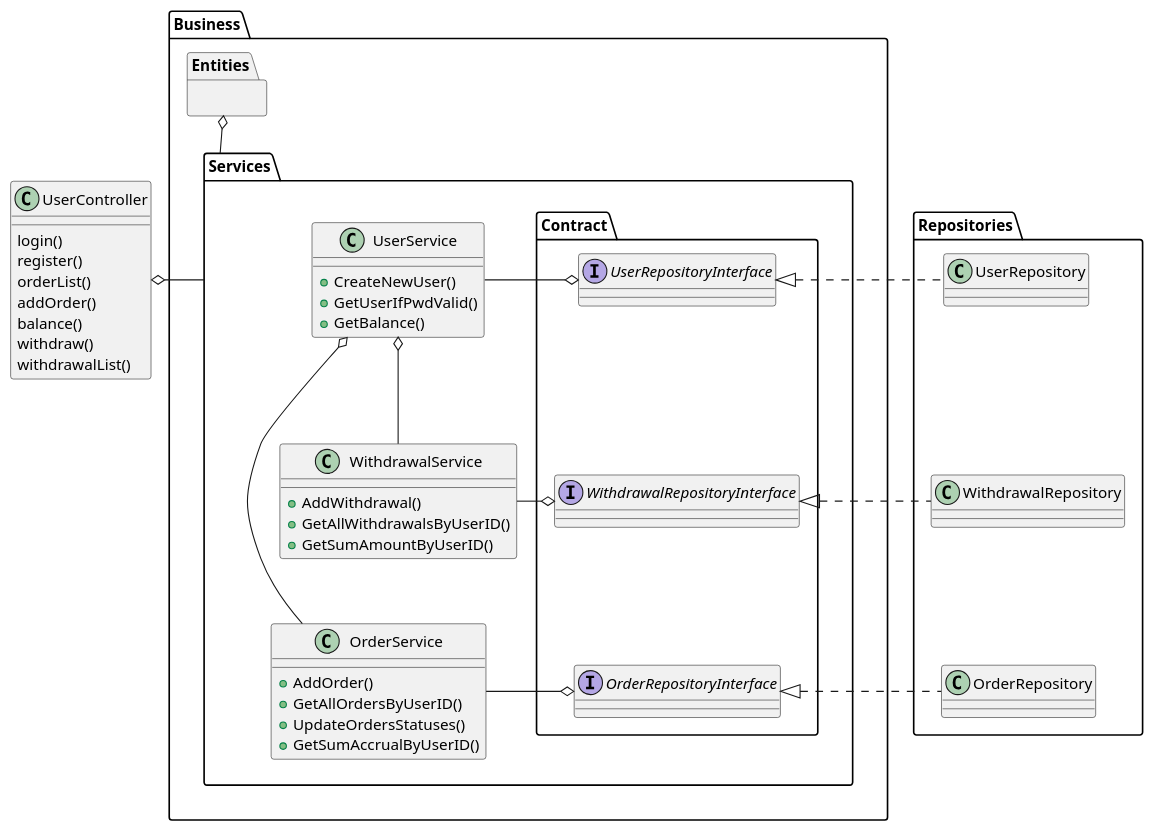
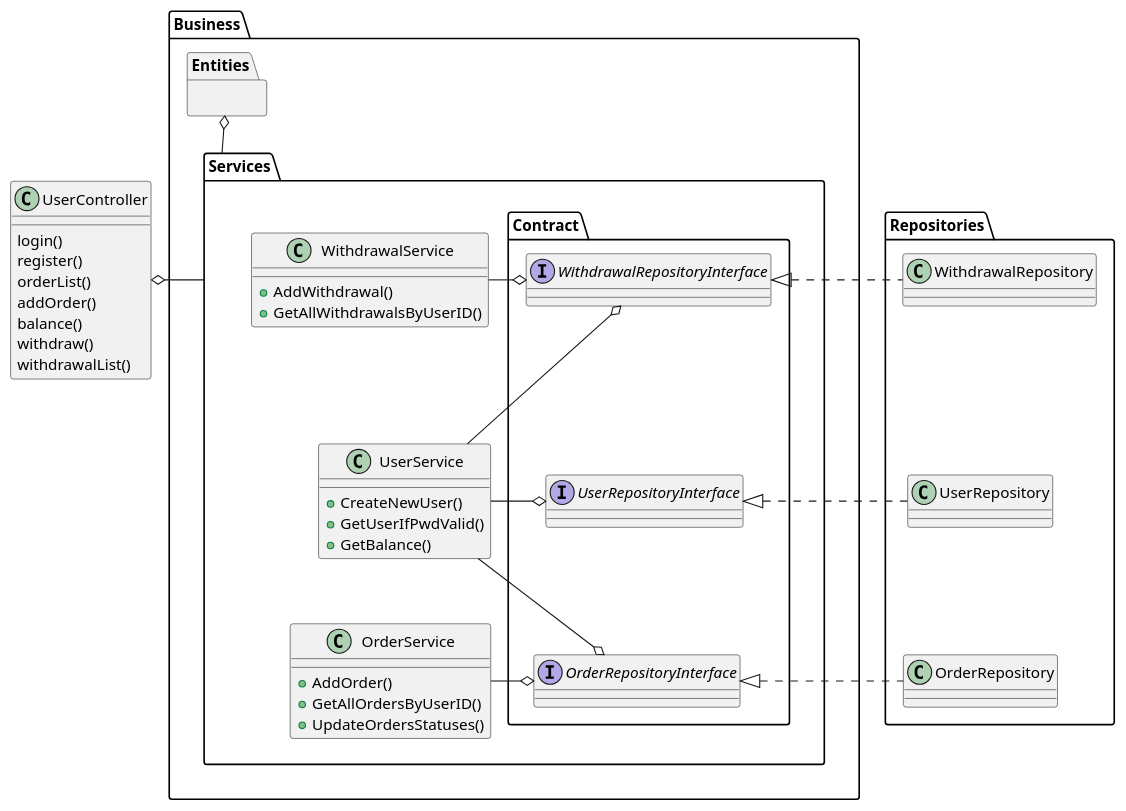
One commit to smamykin/gofermart changed the third of 3 diagrams in DRAFT.md. Above: the diagram before and after it, drawn with PlantUML. The commit also changed 14 other files, not shown here.

````diff
--- a/DRAFT.md
+++ b/DRAFT.md
@@ -106,73 +106,74 @@
 ```puml
 @startuml
 
 package "Business" as BL {
     package "Services" as BL.S{
         class "OrderService" as BL.S.OS  {
             + AddOrder()
             + GetAllOrdersByUserID()
             + UpdateOrdersStatuses()
-            + GetSumAccrualByUserID()
         }
         class "WithdrawalService" as BL.S.WS {
             + AddWithdrawal()
             + GetAllWithdrawalsByUserID()
-            + GetSumAmountByUserID()
         }
         class "UserService" as BL.S.US {
             + CreateNewUser()
             + GetUserIfPwdValid()
             + GetBalance()
         }
         
         package "Contract" as BL.S.C {
             interface "OrderRepositoryInterface" as BL.S.C.ORI {}
             interface "UserRepositoryInterface" as BL.S.C.URI {}
             interface "WithdrawalRepositoryInterface" as BL.S.C.WRI {}
-            BL.S.C.URI -[hidden]d-> BL.S.C.WRI
-            BL.S.C.WRI -[hidden]-> BL.S.C.ORI
+            BL.S.C.WRI -[hidden]-> BL.S.C.URI
+            BL.S.C.URI -[hidden]-> BL.S.C.ORI
          }
-         BL.S.US o-- BL.S.WS
-         BL.S.US o--- BL.S.OS
+         BL.S.WS -[hidden]-> BL.S.US
+         BL.S.US -[hidden]-> BL.S.OS
          
-         BL.S.OS -ro  BL.S.C.ORI
-         BL.S.WS -ro  BL.S.C.WRI
-         BL.S.US -ro  BL.S.C.URI
+         BL.S.OS -o  BL.S.C.ORI
+         BL.S.WS -o  BL.S.C.WRI
+         
+         BL.S.US -lo  BL.S.C.URI
+         BL.S.US -lo  BL.S.C.ORI
+         BL.S.US -lo  BL.S.C.WRI
          
     }
     package "Entities" as BL.E {
 '        class "User" as U {}
 '        class "Order" as O {}
 '        class "Withdrawal" as W {}
 '        U *-- O 
 '        note left on link : Заказ был\nдобавлен\nпользователем
 '        U *-- W 
 '        note left on link : Списание было\nдобавлено\nпользователем
     }
 }
 class "UserController" as UC {
     login()
     register()
     orderList()
     addOrder()
     balance()
     withdraw()
     withdrawalList()
 }
 
 package "Repositories" as R {
     class "OrderRepository" as R.OR {}
     class "UserRepository" as R.UR {}
     class "WithdrawalRepository" as R.WR {}
-    R.UR -[hidden]-> R.WR
-    R.WR -[hidden]-> R.OR
+    R.WR -[hidden]-> R.UR
+    R.UR -[hidden]-> R.OR
 }
 
 BL.S -l-o UC
 BL.E o-- BL.S
 BL.S.C.ORI <|. R.OR 
 BL.S.C.URI <|. R.UR 
 BL.S.C.WRI <|. R.WR 
 
 @enduml
 ```
````
